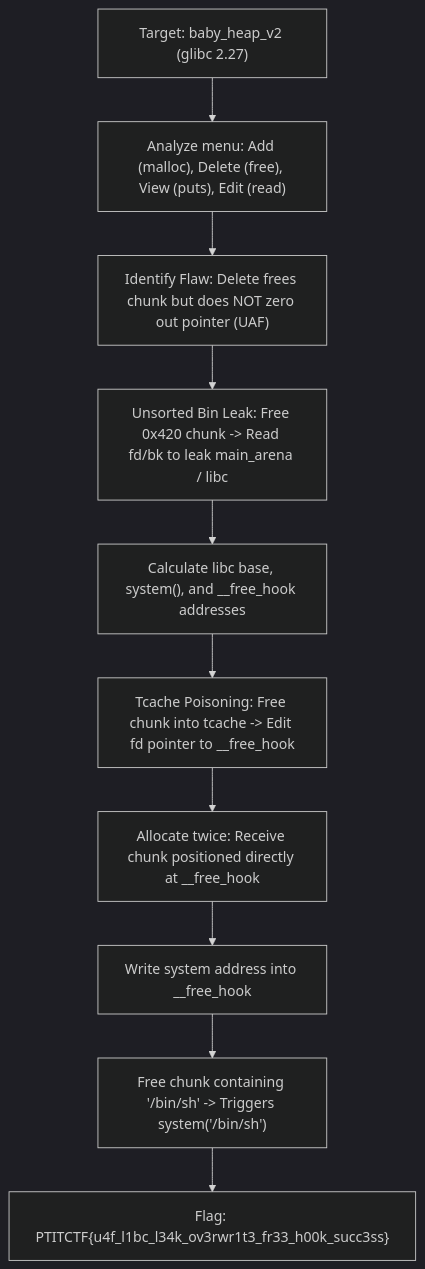
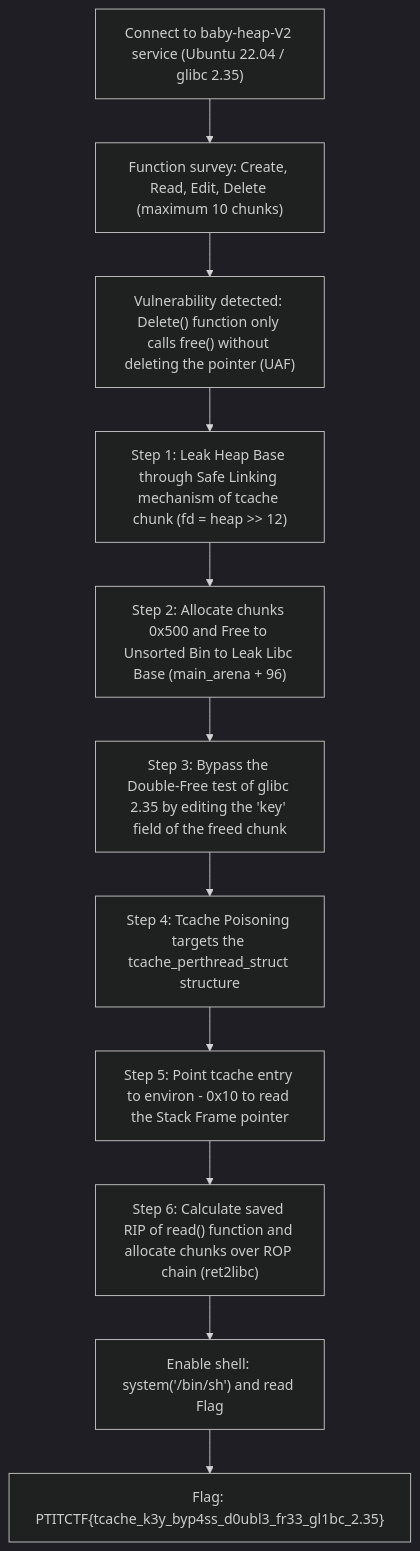
One commit to Lizamort1/ctf-writeups changed the second of 2 diagrams in _posts/2026-08-23-baby-heap-v2.md. Above: the diagram before and after it, drawn with Mermaid (dark theme). The commit also changed other lines of this file and 42 other files, not shown here.

Commit message:
fix: synchronize bilingual writeups and redraw diagrams

````diff
--- a/_posts/2026-08-23-baby-heap-v2.md
+++ b/_posts/2026-08-23-baby-heap-v2.md
@@ -150,12 +151,13 @@
 ```mermaid
 flowchart TD
-    A["Target: baby_heap_v2 (glibc 2.27)"] --> B["Analyze menu: Add (malloc), Delete (free), View (puts), Edit (read)"]
-    B --> C["Identify Flaw: Delete frees chunk but does NOT zero out pointer (UAF)"]
-    C --> D["Unsorted Bin Leak: Free 0x420 chunk -> Read fd/bk to leak main_arena / libc"]
-    D --> E["Calculate libc base, system(), and __free_hook addresses"]
-    E --> F["Tcache Poisoning: Free chunk into tcache -> Edit fd pointer to __free_hook"]
-    F --> G["Allocate twice: Receive chunk positioned directly at __free_hook"]
-    G --> H["Write system address into __free_hook"]
-    H --> I["Free chunk containing '/bin/sh' -> Triggers system('/bin/sh')"]
-    I --> J["Flag: PTITCTF{u4f_l1bc_l34k_ov3rwr1t3_fr33_h00k_succ3ss}"]
+    A["Connect to baby-heap-V2 service (Ubuntu 22.04 / glibc 2.35)"] --> B["Function survey: Create, Read, Edit, Delete (maximum 10 chunks)"]
+    B --> C["Vulnerability detected: Delete() function only calls free() without deleting the pointer (UAF)"]
+    C --> D["Step 1: Leak Heap Base through Safe Linking mechanism of tcache chunk (fd = heap >> 12)"]
+    D --> E["Step 2: Allocate chunks 0x500 and Free to Unsorted Bin to Leak Libc Base (main_arena + 96)"]
+    E --> F["Step 3: Bypass the Double-Free test of glibc 2.35 by editing the 'key' field of the freed chunk"]
+    F --> G["Step 4: Tcache Poisoning targets the tcache_perthread_struct structure"]
+    G --> H["Step 5: Point tcache entry to environ - 0x10 to read the Stack Frame pointer"]
+    H --> I["Step 6: Calculate saved RIP of read() function and allocate chunks over ROP chain (ret2libc)"]
+    I --> J["Enable shell: system('/bin/sh') and read Flag"]
+    J --> K["Flag: PTITCTF{tcache_k3y_byp4ss_d0ubl3_fr33_gl1bc_2.35}"]
 ```
````
